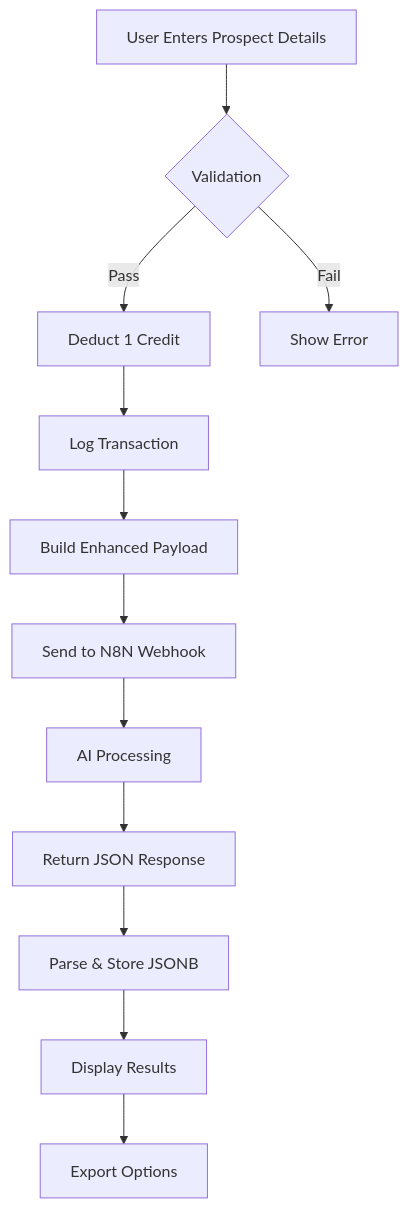
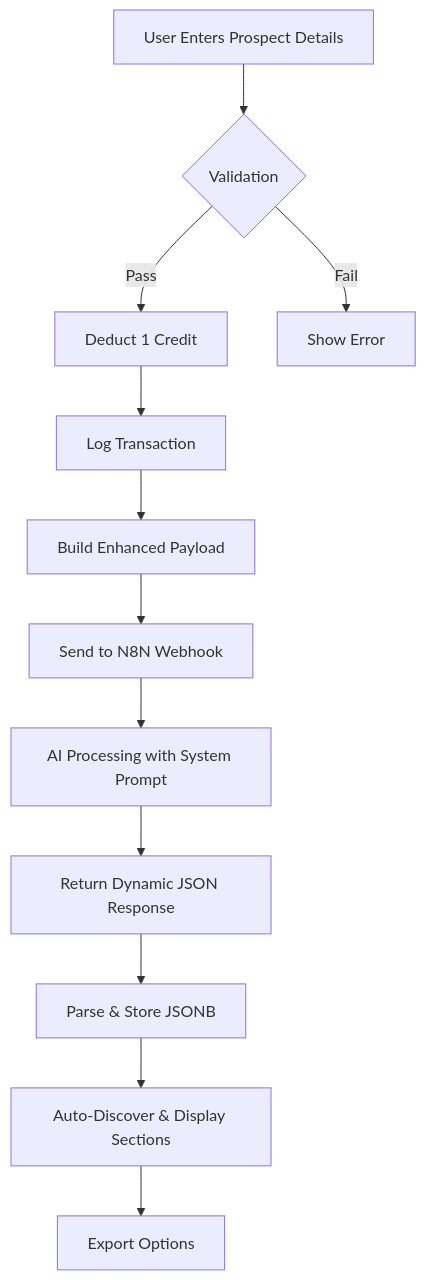
One commit to magnusfroste/lazyjames-research changed the third of 7 diagrams in docs/PRD.md. Above: the diagram before and after it, drawn with Mermaid. The commit also changed other lines of this file, not shown here.

Commit message:
Add payload and response docs

````diff
--- a/docs/PRD.md
+++ b/docs/PRD.md
@@ -433,14 +452,14 @@
 ```mermaid
 graph TD
     A[User Enters Prospect Details] --> B{Validation}
     B -->|Pass| C[Deduct 1 Credit]
     B -->|Fail| Z[Show Error]
     C --> D[Log Transaction]
     D --> E[Build Enhanced Payload]
     E --> F[Send to N8N Webhook]
-    F --> G[AI Processing]
-    G --> H[Return JSON Response]
+    F --> G[AI Processing with System Prompt]
+    G --> H[Return Dynamic JSON Response]
     H --> I[Parse & Store JSONB]
-    I --> J[Display Results]
+    I --> J[Auto-Discover & Display Sections]
     J --> K[Export Options]
 ```
````
